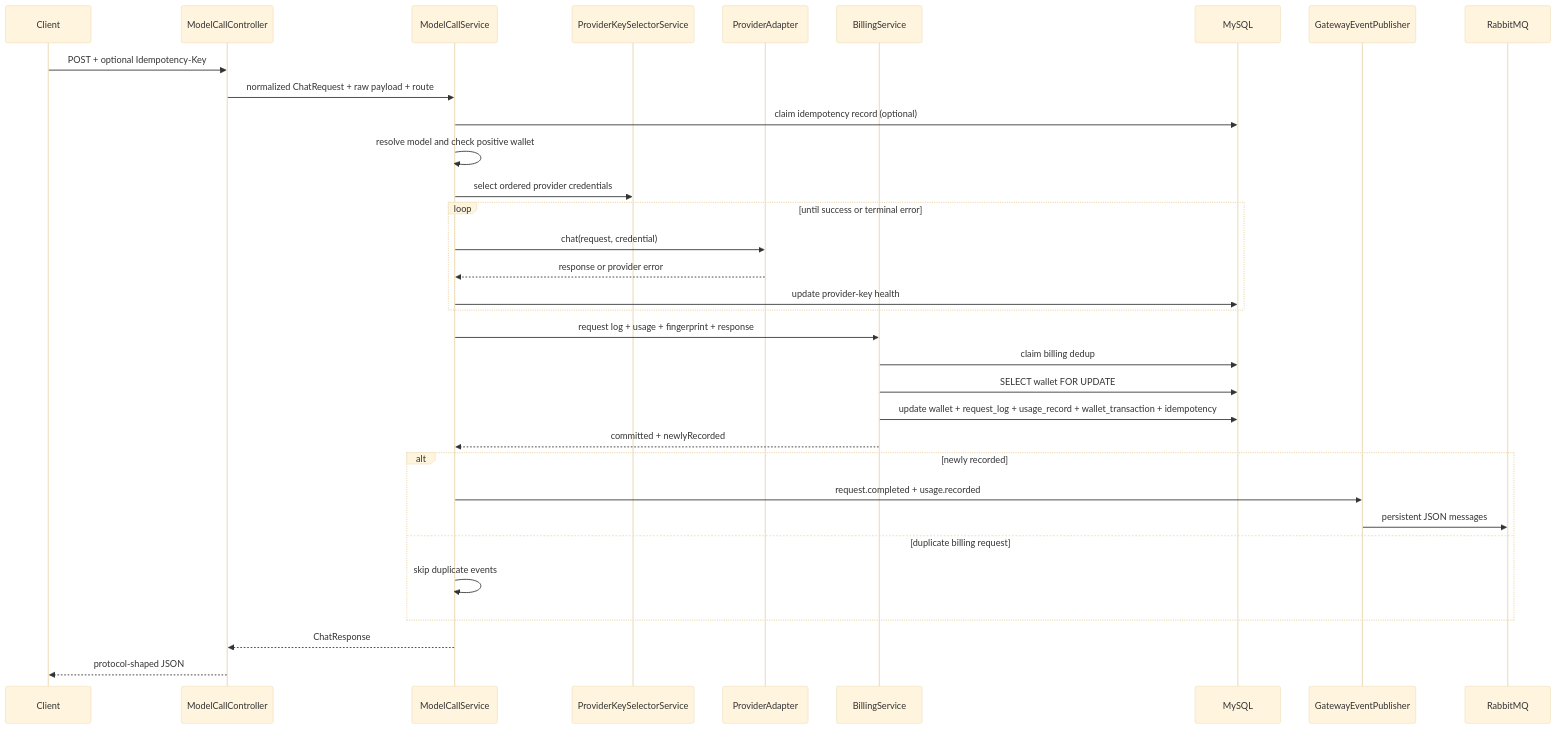
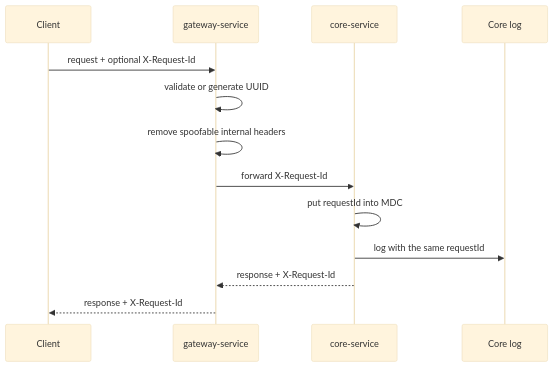
The second of 4 diagrams in ARCHITECTURE.md (hdw123456/erent), drawn with Mermaid (base theme) before and after one commit. The commit also changed other lines of this file and 204 other files, not shown here.

````diff
--- a/ARCHITECTURE.md
+++ b/ARCHITECTURE.md
@@ -118,36 +189,16 @@
 ```mermaid
 sequenceDiagram
     participant C as Client
-    participant MC as ModelCallController
-    participant S as ModelCallService
-    participant K as ProviderKeySelectorService
-    participant P as ProviderAdapter
-    participant B as BillingService
-    participant DB as MySQL
-    participant E as GatewayEventPublisher
-    participant R as RabbitMQ
+    participant G as gateway-service
+    participant S as core-service
+    participant L as Core log
 
-    C->>MC: POST + optional Idempotency-Key
-    MC->>S: normalized ChatRequest + raw payload + route
-    S->>DB: claim idempotency record (optional)
-    S->>S: resolve model and check positive wallet
-    S->>K: select ordered provider credentials
-    loop until success or terminal error
-        S->>P: chat(request, credential)
-        P-->>S: response or provider error
-        S->>DB: update provider-key health
-    end
-    S->>B: request log + usage + fingerprint + response
-    B->>DB: claim billing dedup
-    B->>DB: SELECT wallet FOR UPDATE
-    B->>DB: update wallet + request_log + usage_record + wallet_transaction + idempotency
-    B-->>S: committed + newlyRecorded
-    alt newly recorded
-        S->>E: request.completed + usage.recorded
-        E->>R: persistent JSON messages
-    else duplicate billing request
-        S->>S: skip duplicate events
-    end
-    S-->>MC: ChatResponse
-    MC-->>C: protocol-shaped JSON
+    C->>G: request + optional X-Request-Id
+    G->>G: validate or generate UUID
+    G->>G: remove spoofable internal headers
+    G->>S: forward X-Request-Id
+    S->>S: put requestId into MDC
+    S->>L: log with the same requestId
+    S-->>G: response + X-Request-Id
+    G-->>C: response + X-Request-Id
 ```
````
